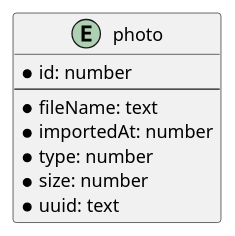
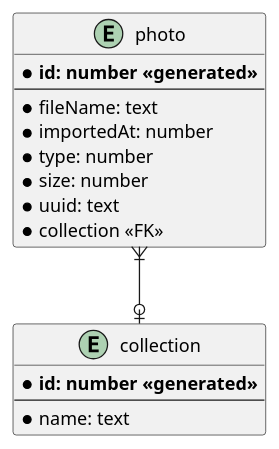
The diagram in docs/photok_database.puml (leonlatsch/Photok), drawn with PlantUML before and after one commit.

Commit message:
update puml diagram for collections

```diff
--- a/docs/photok_database.puml
+++ b/docs/photok_database.puml
@@ -1,11 +1,20 @@
 @startuml
 entity "photo" as photo {
-* id: number
+* **id: number <<generated>>**
 --
 * fileName: text
 * importedAt: number
 * type: number
 * size: number
 * uuid: text
+* collection <<FK>>
 }
+
+entity "collection" as collection {
+* **id: number <<generated>>**
+--
+* name: text
+}
+
+photo }|--o| collection
 @enduml
```
